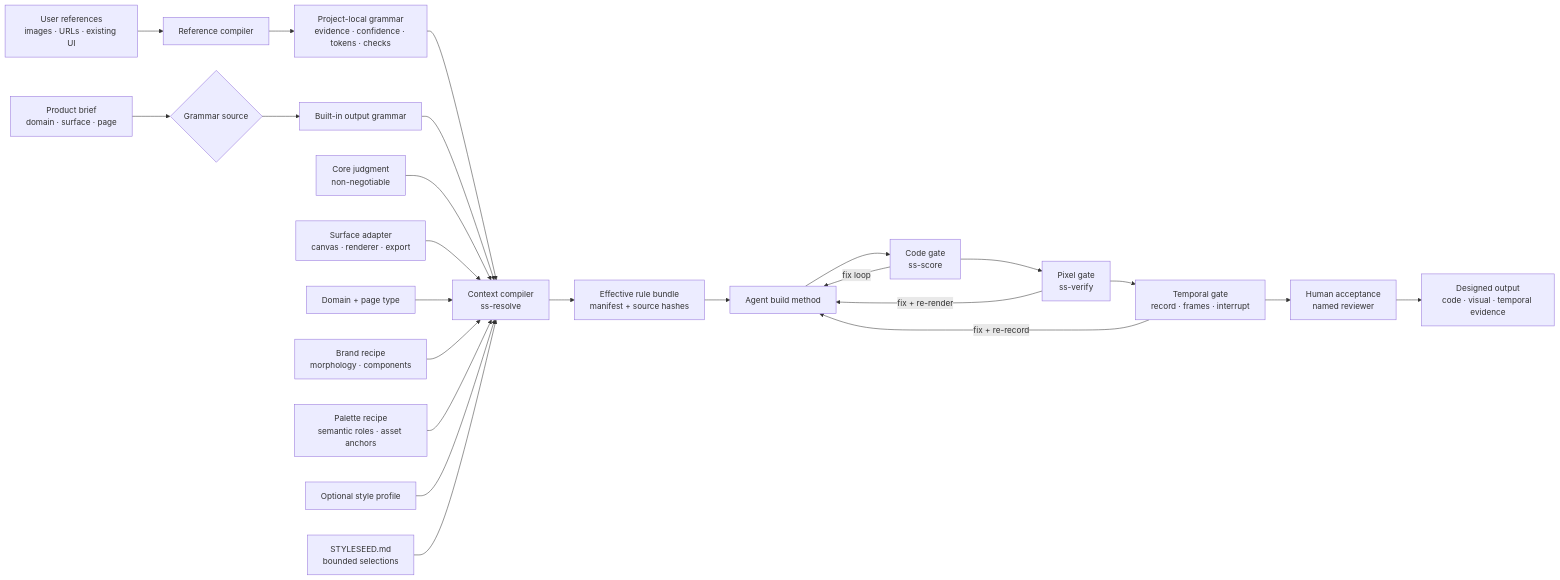
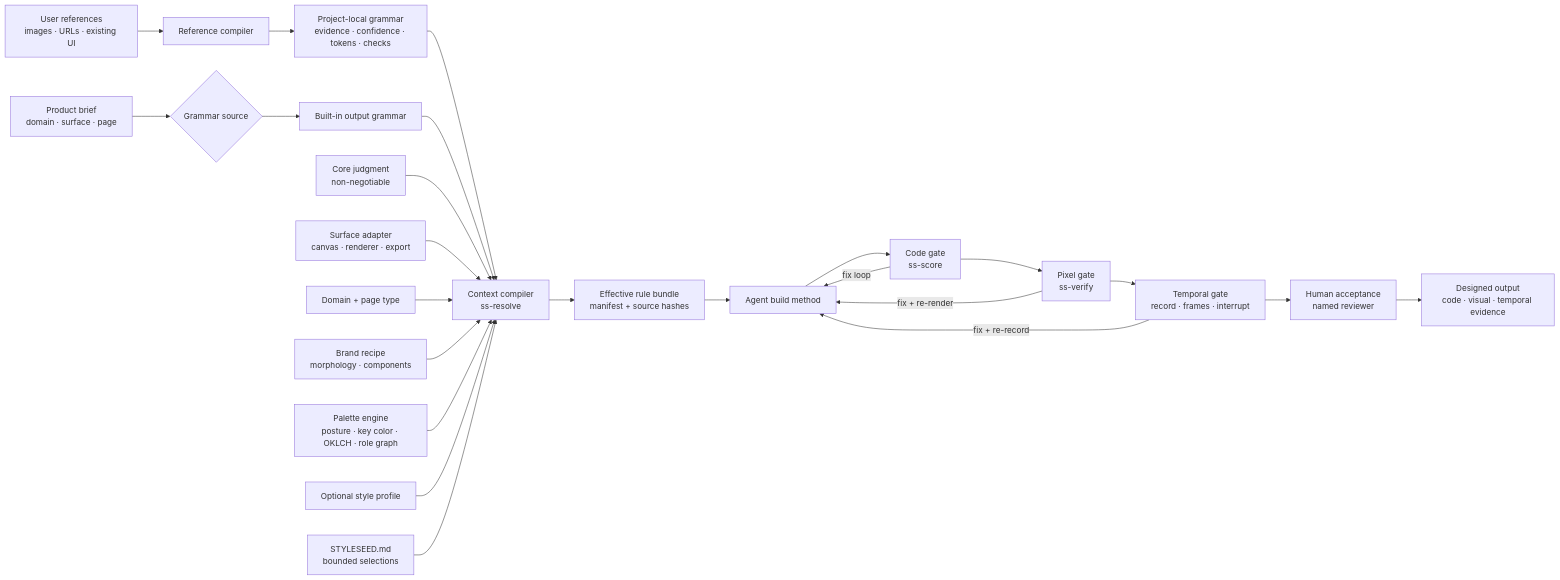
The diagram in engine/ARCHITECTURE.md (bitjaru/styleseed), drawn with Mermaid before and after one commit. The commit also changed other lines of this file and 32 other files, not shown here.

Commit message:
feat: add generative semantic palette engine

````diff
--- a/engine/ARCHITECTURE.md
+++ b/engine/ARCHITECTURE.md
@@ -11,26 +11,26 @@
 ```mermaid
 flowchart LR
   A[Product brief<br/>domain · surface · page] --> B{Grammar source}
   R[User references<br/>images · URLs · existing UI] --> C[Reference compiler]
   C --> D[Project-local grammar<br/>evidence · confidence · tokens · checks]
   B --> E[Built-in output grammar]
   D --> F[Context compiler<br/>ss-resolve]
   E --> F
   P[Core judgment<br/>non-negotiable] --> F
   S[Surface adapter<br/>canvas · renderer · export] --> F
   X[Domain + page type] --> F
   Z[Brand recipe<br/>morphology · components] --> F
-  Q[Palette recipe<br/>semantic roles · asset anchors] --> F
+  Q[Palette engine<br/>posture · key color · OKLCH · role graph] --> F
   Y[Optional style profile] --> F
   L[STYLESEED.md<br/>bounded selections] --> F
   F --> K[Effective rule bundle<br/>manifest + source hashes]
   K --> G[Agent build method]
   G --> H[Code gate<br/>ss-score]
   H -->|fix loop| G
   H --> I[Pixel gate<br/>ss-verify]
   I -->|fix + re-render| G
   I --> T[Temporal gate<br/>record · frames · interrupt]
   T -->|fix + re-record| G
   T --> U[Human acceptance<br/>named reviewer]
   U --> J[Designed output<br/>code · visual · temporal evidence]
 ```
````
